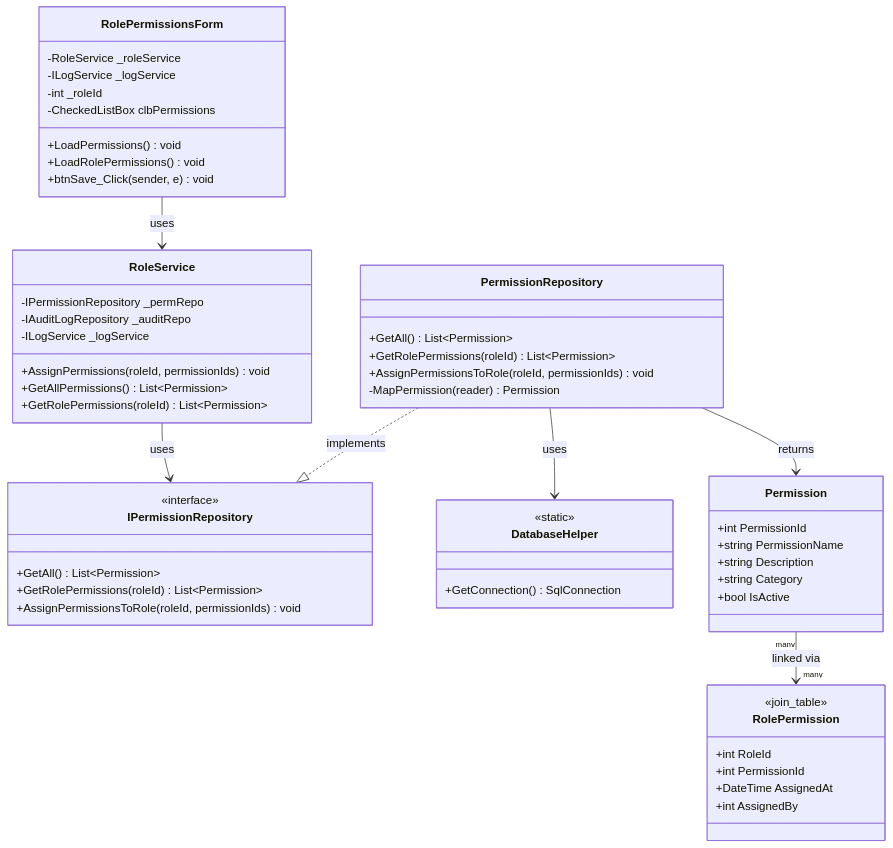
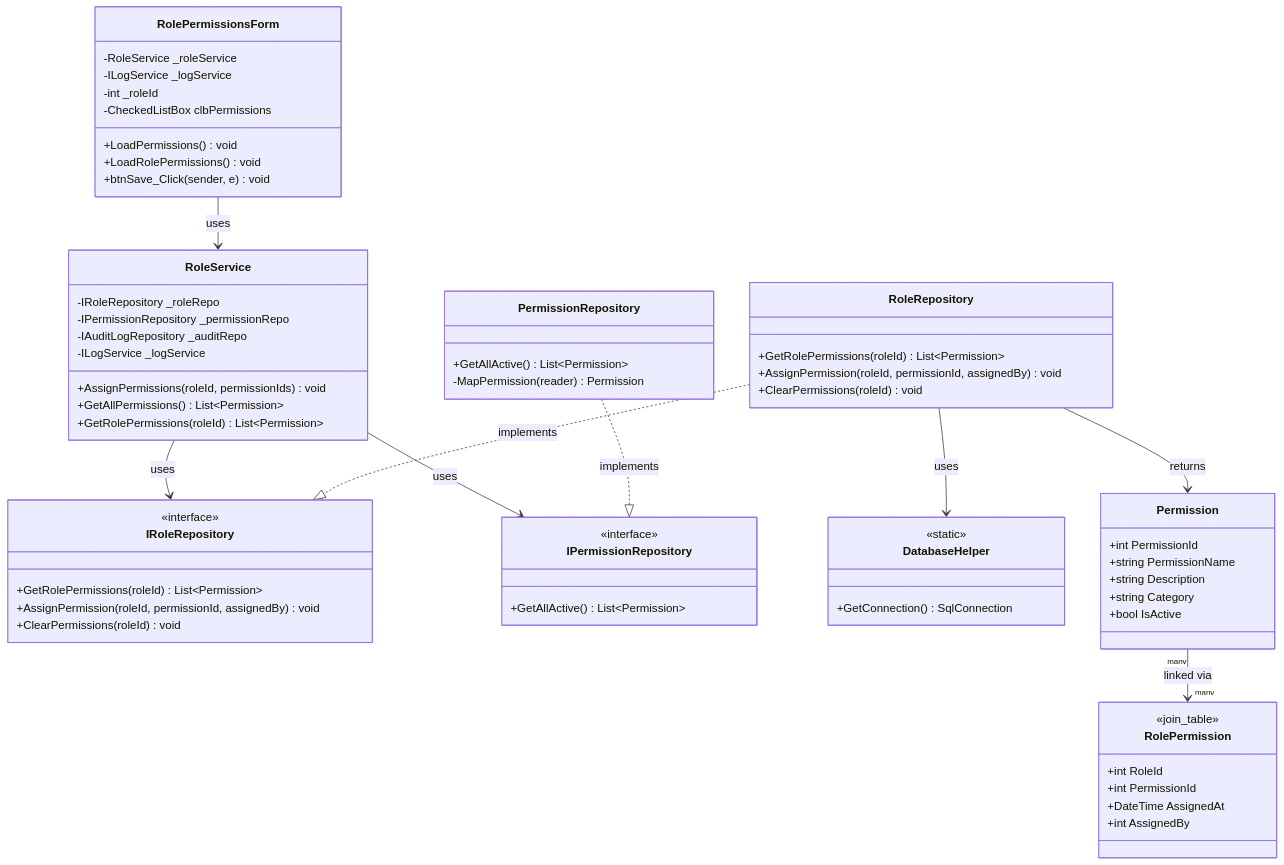
One commit to nahuk86/tp_diploma_nk_2026 changed the third of 13 diagrams in Documentation/UML_Diagrams/11_Role_Permissions_Process_Class_Diagram.md. Above: the diagram before and after it, drawn with Mermaid. The commit also changed other lines of this file and 7 other files, not shown here.

Commit message:
docs: update UML diagrams to reflect code refactoring

````diff
--- a/Documentation/UML_Diagrams/11_Role_Permissions_Process_Class_Diagram.md
+++ b/Documentation/UML_Diagrams/11_Role_Permissions_Process_Class_Diagram.md
@@ -101,63 +101,75 @@
 ```mermaid
 classDiagram
     class RolePermissionsForm {
         -RoleService _roleService
         -ILogService _logService
         -int _roleId
         -CheckedListBox clbPermissions
         +LoadPermissions() void
         +LoadRolePermissions() void
         +btnSave_Click(sender, e) void
     }
 
     class RoleService {
-        -IPermissionRepository _permRepo
+        -IRoleRepository _roleRepo
+        -IPermissionRepository _permissionRepo
         -IAuditLogRepository _auditRepo
         -ILogService _logService
         +AssignPermissions(roleId, permissionIds) void
         +GetAllPermissions() List~Permission~
         +GetRolePermissions(roleId) List~Permission~
     }
 
+    class IRoleRepository {
+        <<interface>>
+        +GetRolePermissions(roleId) List~Permission~
+        +AssignPermission(roleId, permissionId, assignedBy) void
+        +ClearPermissions(roleId) void
+    }
+
     class IPermissionRepository {
         <<interface>>
-        +GetAll() List~Permission~
+        +GetAllActive() List~Permission~
+    }
+
+    class RoleRepository {
         +GetRolePermissions(roleId) List~Permission~
-        +AssignPermissionsToRole(roleId, permissionIds) void
+        +AssignPermission(roleId, permissionId, assignedBy) void
+        +ClearPermissions(roleId) void
     }
 
     class PermissionRepository {
-        +GetAll() List~Permission~
-        +GetRolePermissions(roleId) List~Permission~
-        +AssignPermissionsToRole(roleId, permissionIds) void
+        +GetAllActive() List~Permission~
         -MapPermission(reader) Permission
     }
 
     class DatabaseHelper {
         <<static>>
         +GetConnection() SqlConnection
     }
 
     class Permission {
         +int PermissionId
         +string PermissionName
         +string Description
         +string Category
         +bool IsActive
     }
 
     class RolePermission {
         <<join_table>>
         +int RoleId
         +int PermissionId
         +DateTime AssignedAt
         +int AssignedBy
     }
 
     RolePermissionsForm --> RoleService : uses
+    RoleService --> IRoleRepository : uses
     RoleService --> IPermissionRepository : uses
+    RoleRepository ..|> IRoleRepository : implements
     PermissionRepository ..|> IPermissionRepository : implements
-    PermissionRepository --> DatabaseHelper : uses
-    PermissionRepository --> Permission : returns
+    RoleRepository --> DatabaseHelper : uses
+    RoleRepository --> Permission : returns
     Permission "many" --> "many" RolePermission : linked via
 ```
````
